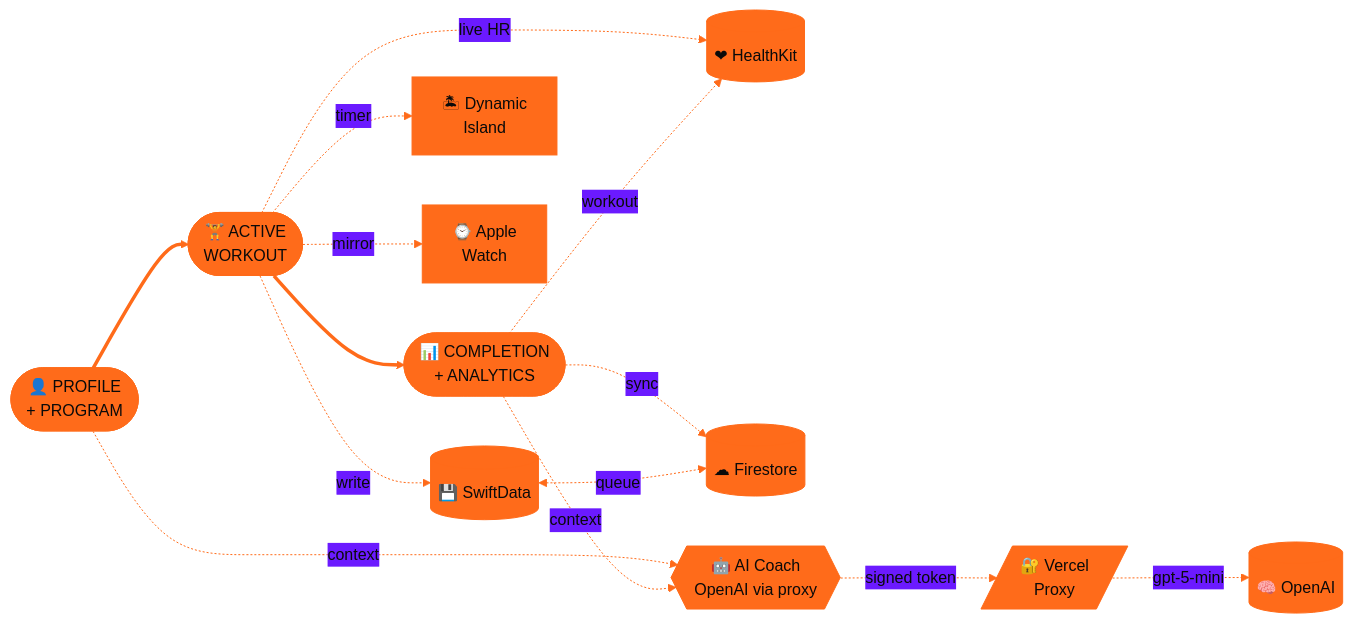
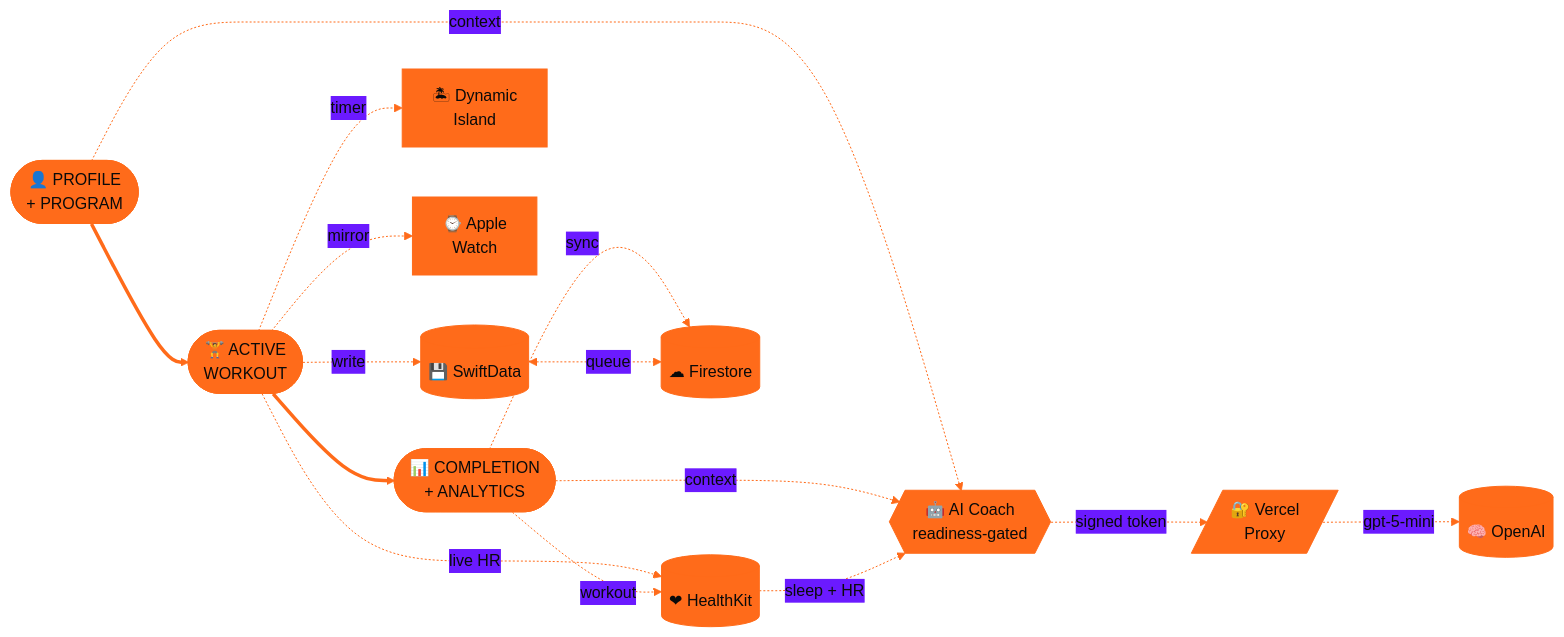
Before and after one commit to shurinbergo3/GymTracker: the diagram in README.md, drawn with Mermaid. The commit also changed other lines of this file, not shown here.

Commit message:
feat: enhance AI coach with readiness-gated coaching and non-punishing progression system

````diff
--- a/README.md
+++ b/README.md
@@ -130,20 +133,21 @@
 ```mermaid
 %%{init: {'theme':'base', 'themeVariables': { 'primaryColor': '#ff6b1a', 'primaryTextColor': '#0a0a0a', 'primaryBorderColor':'#ff6b1a', 'lineColor':'#ff6b1a', 'fontFamily':'monospace'}}}%%
 flowchart LR
     A([👤 PROFILE<br/>+ PROGRAM]) ==> B([🏋 ACTIVE<br/>WORKOUT])
     B ==> C([📊 COMPLETION<br/>+ ANALYTICS])
 
     B -.live HR.-> H[(❤ HealthKit)]
     B -.timer.-> L[🏝 Dynamic<br/>Island]
     B -.mirror.-> W[⌚ Apple<br/>Watch]
     B -.write.-> S[(💾 SwiftData)]
 
     C -.workout.-> H
     C -.sync.-> F[(☁ Firestore)]
     S <-.queue.-> F
 
-    A -.context.-> AI{{🤖 AI Coach<br/>OpenAI via proxy}}
+    A -.context.-> AI{{🤖 AI Coach<br/>readiness-gated}}
     C -.context.-> AI
+    H -.sleep + HR.-> AI
     AI -.signed token.-> P[/🔐 Vercel<br/>Proxy/]
     P -.gpt-5-mini.-> O[(🧠 OpenAI)]
 ```
````
